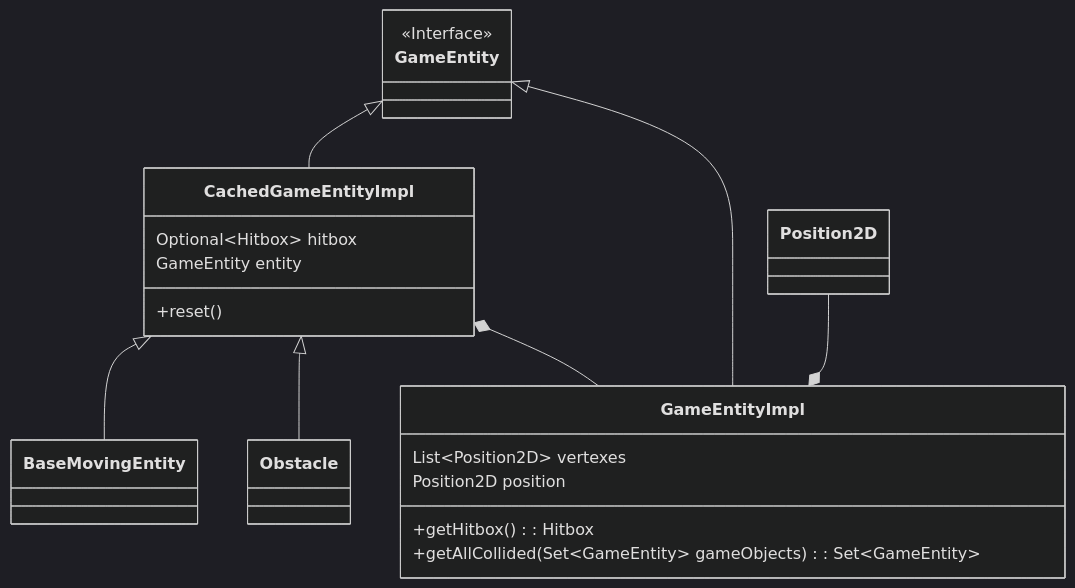
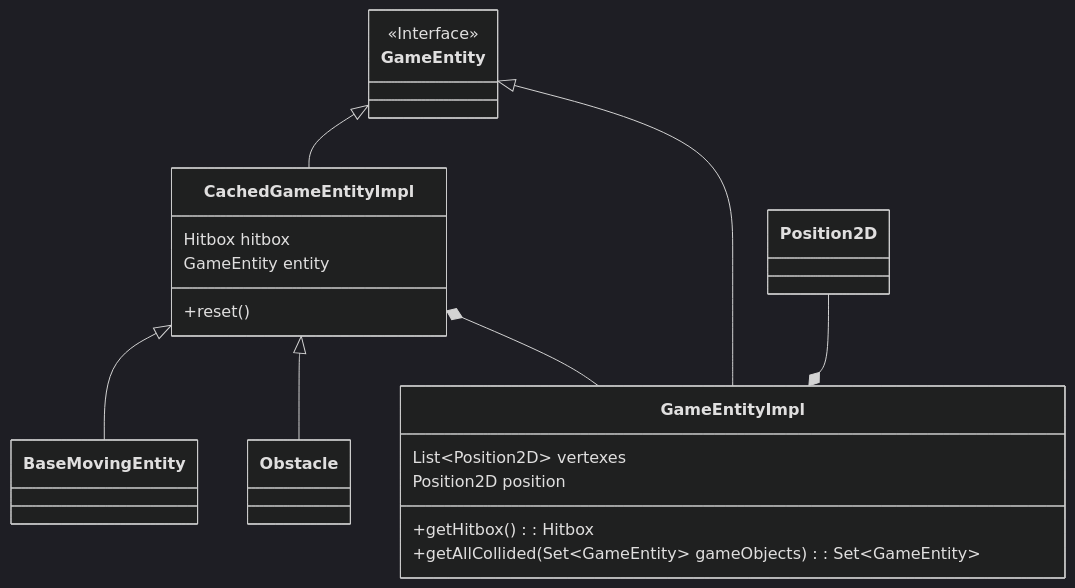
One commit to frabitta/OOP23-gfight changed diagram 18 of 21 in report.md. Above: the diagram before and after it, drawn with Mermaid (dark theme).

Commit message:
fixed "Creazione di entità con hitbox e movimento" UML in report.md

````diff
--- a/report.md
+++ b/report.md
@@ -686,27 +686,27 @@
 ```mermaid
 classDiagram
   GameEntity <|-- CachedGameEntityImpl
   CachedGameEntityImpl <|-- BaseMovingEntity
   CachedGameEntityImpl <|-- Obstacle
   CachedGameEntityImpl *-- GameEntityImpl
   GameEntity <|-- GameEntityImpl
   Position2D --* GameEntityImpl
 
   <<Interface>> GameEntity
 
   class GameEntityImpl{
     List~Position2D~ vertexes
     Position2D position
     +getHitbox() : Hitbox
     +getAllCollided(Set~GameEntity~ gameObjects) : Set~GameEntity~
   }
 
   class CachedGameEntityImpl{
-    Optional~Hitbox~ hitbox
+    Hitbox hitbox
     GameEntity entity
 
     +reset()
   }
 
   
 ```
````
